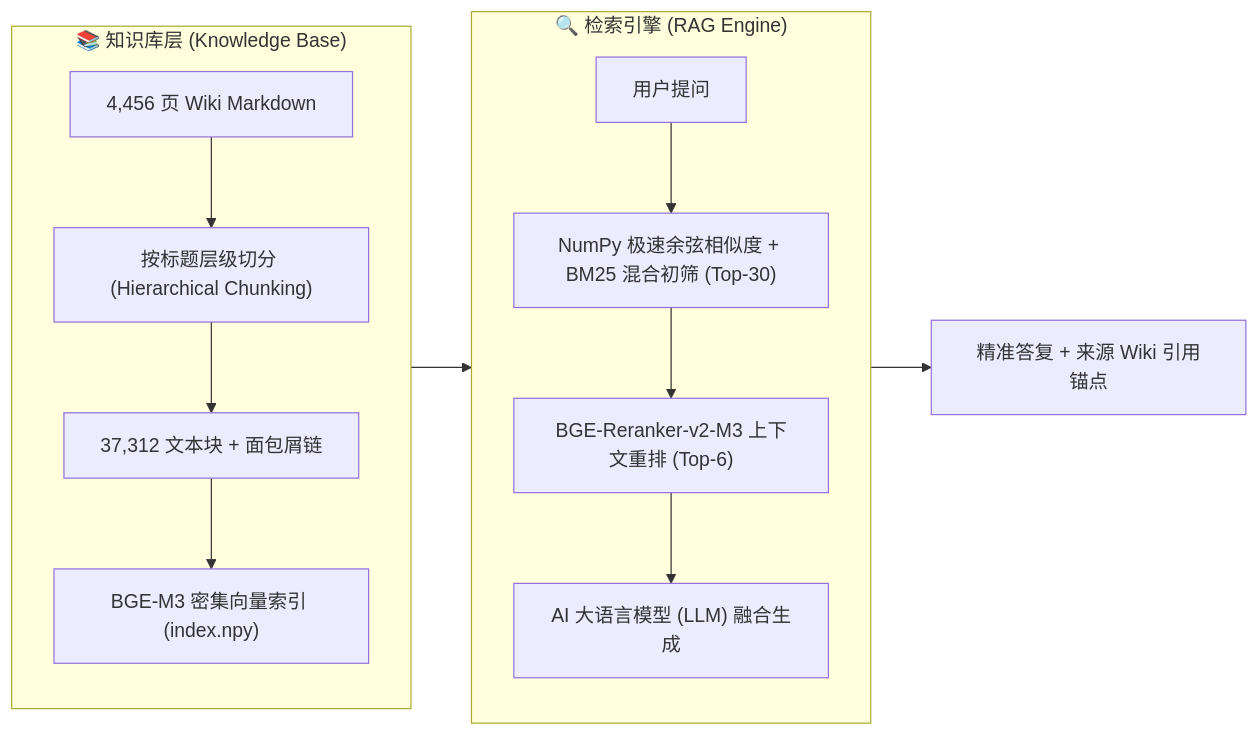
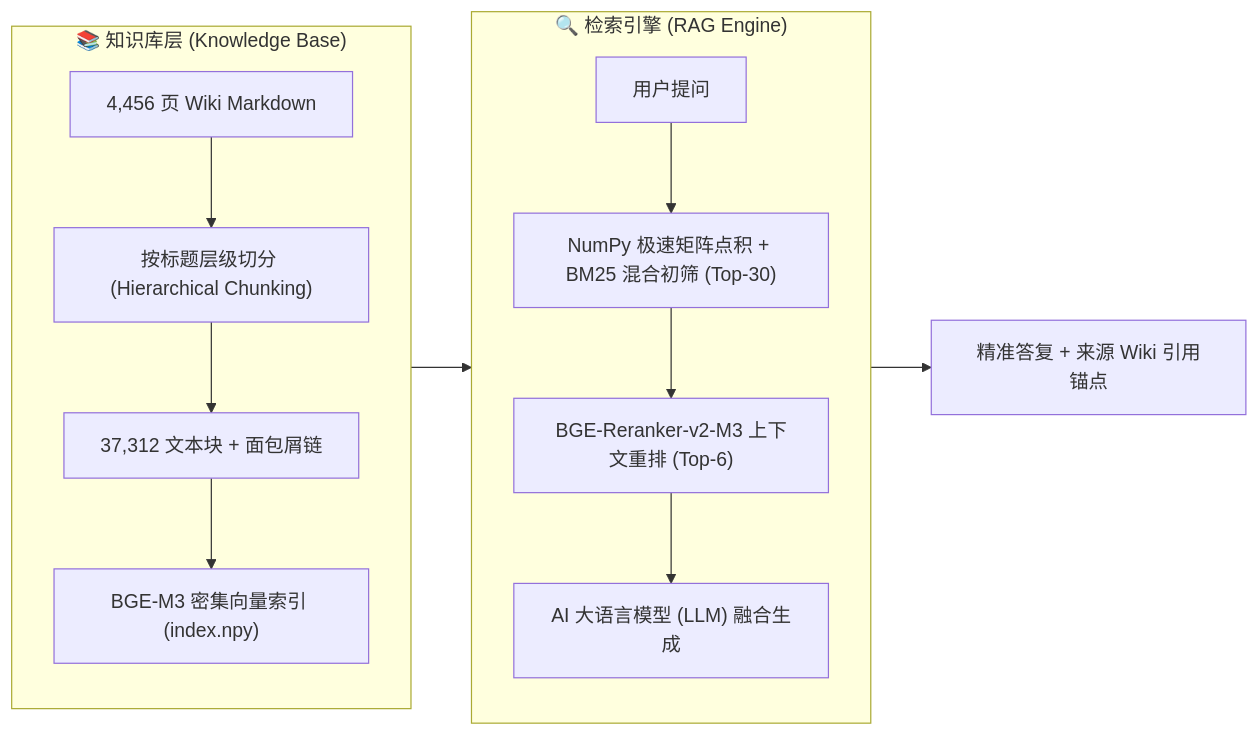
Before and after one commit to a1113622001/noita-wiki-zh: the diagram in README.md, drawn with Mermaid. The commit also changed other lines of this file and 1 other file, not shown here.

````diff
--- a/README.md
+++ b/README.md
@@ -35,19 +46,19 @@
 ```mermaid
 flowchart LR
     subgraph KB ["📚 知识库层 (Knowledge Base)"]
         direction TB
         A["4,456 页 Wiki Markdown"] --> B["按标题层级切分 (Hierarchical Chunking)"]
         B --> C["37,312 文本块 + 面包屑链"]
         C --> D["BGE-M3 密集向量索引 (index.npy)"]
     end
 
     subgraph RAG ["🔍 检索引擎 (RAG Engine)"]
         direction TB
-        Q["用户提问"] --> E["NumPy 极速余弦相似度 + BM25 混合初筛 (Top-30)"]
+        Q["用户提问"] --> E["NumPy 极速矩阵点积 + BM25 混合初筛 (Top-30)"]
         D --> E
         E --> F["BGE-Reranker-v2-M3 上下文重排 (Top-6)"]
         F --> G["AI 大语言模型 (LLM) 融合生成"]
     end
 
     G --> R["精准答复 + 来源 Wiki 引用锚点"]
 ```
````
